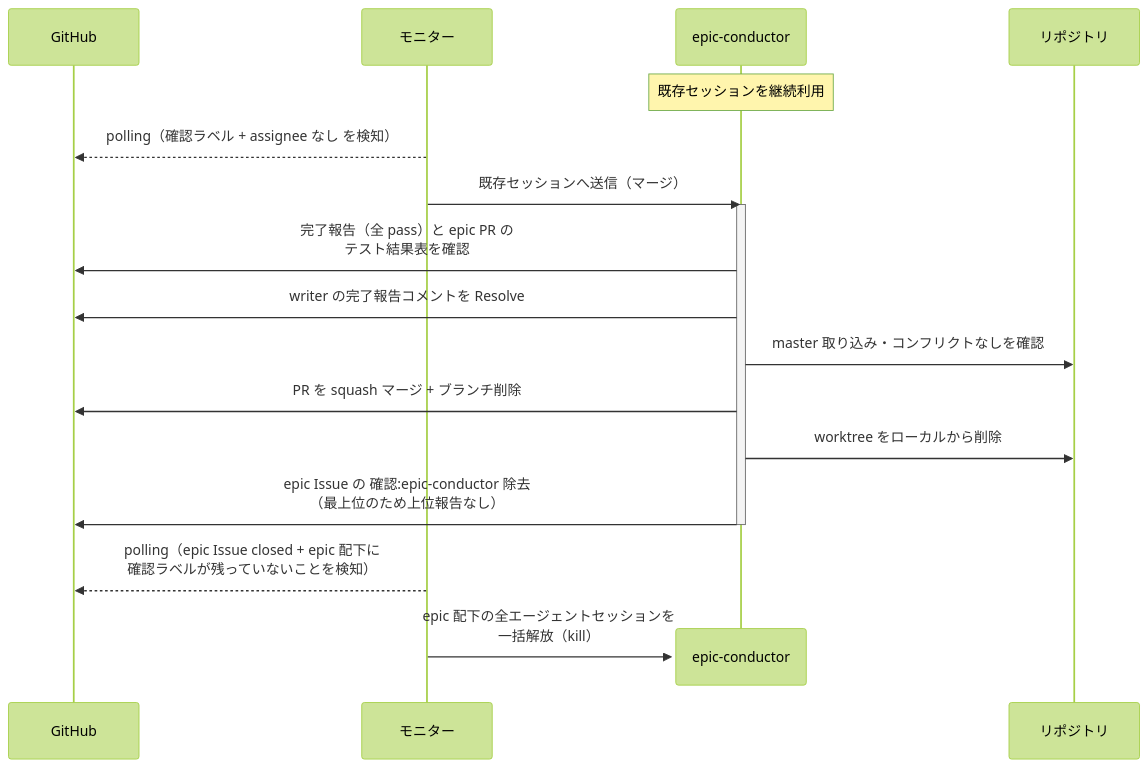
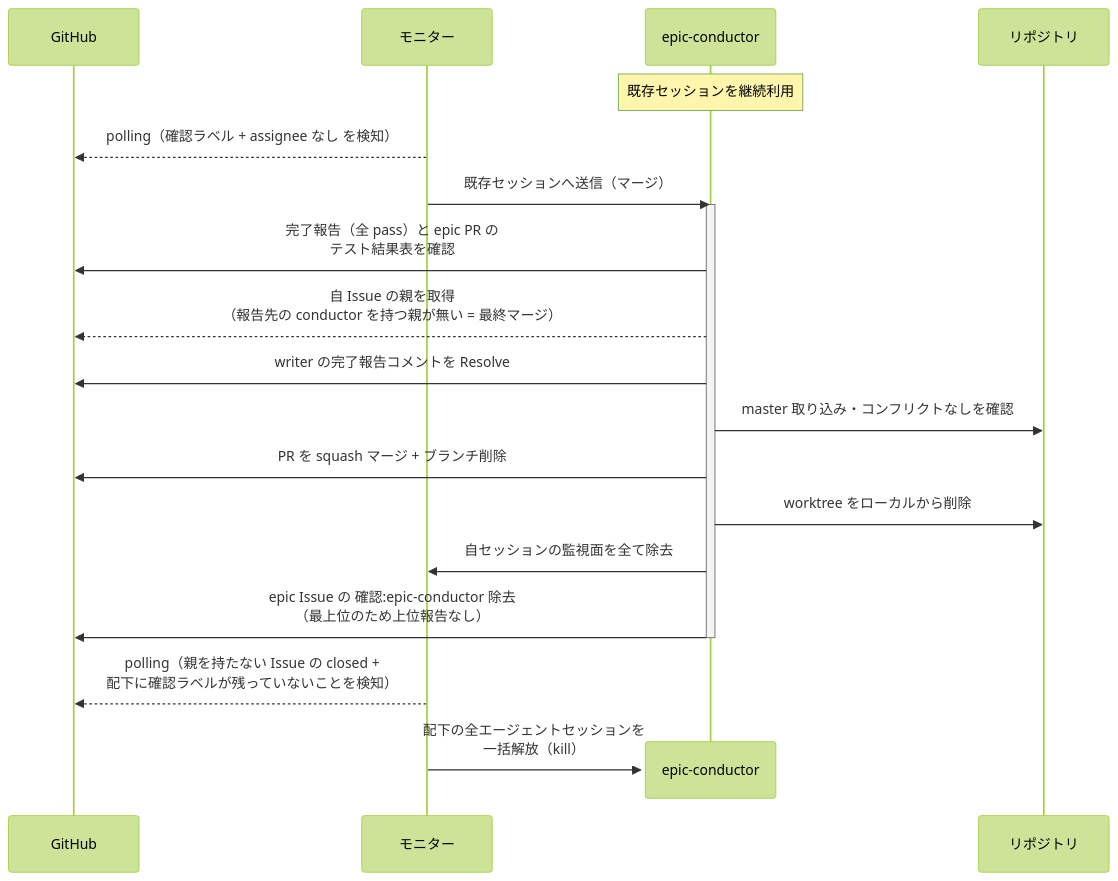
One commit to shuhei1101/ai-monitor changed the third of 6 diagrams in docs/wiki/設計図/シナリオ/単一ユースケース/マージ.md. Above: the diagram before and after it, drawn with Mermaid (forest theme). The commit also changed other lines of this file and 54 other files, not shown here.

````diff
--- a/docs/wiki/設計図/シナリオ/単一ユースケース/マージ.md
+++ b/docs/wiki/設計図/シナリオ/単一ユースケース/マージ.md
@@ -114,22 +118,24 @@
 ```mermaid
 sequenceDiagram
   participant GH as GitHub
   participant ORC as モニター
   participant MON as epic-conductor
   participant REPO as リポジトリ
 
   Note over MON: 既存セッションを継続利用
   ORC-->>GH: polling（確認ラベル + assignee なし を検知）
   ORC->>MON: 既存セッションへ送信（マージ）
   activate MON
   MON->>GH: 完了報告（全 pass）と epic PR の<br>テスト結果表を確認
+  MON-->>GH: 自 Issue の親を取得<br>（報告先の conductor を持つ親が無い = 最終マージ）
   MON->>GH: writer の完了報告コメントを Resolve
   MON->>REPO: master 取り込み・コンフリクトなしを確認
   MON->>GH: PR を squash マージ + ブランチ削除
   MON->>REPO: worktree をローカルから削除
+  MON->>ORC: 自セッションの監視面を全て除去
   MON->>GH: epic Issue の 確認:epic-conductor 除去<br>（最上位のため上位報告なし）
   deactivate MON
-  ORC-->>GH: polling（epic Issue closed + epic 配下に<br>確認ラベルが残っていないことを検知）
+  ORC-->>GH: polling（親を持たない Issue の closed +<br>配下に確認ラベルが残っていないことを検知）
   destroy MON
-  ORC->>MON: epic 配下の全エージェントセッションを<br>一括解放（kill）
+  ORC->>MON: 配下の全エージェントセッションを<br>一括解放（kill）
 ```
````
